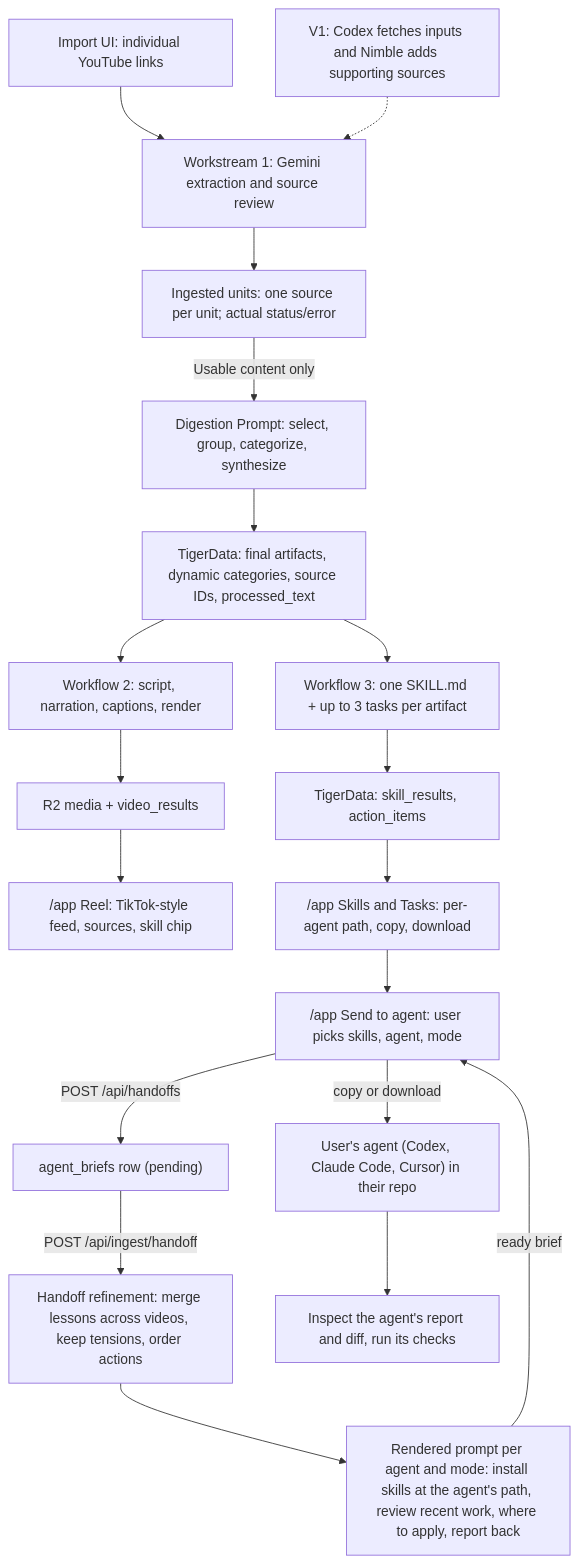
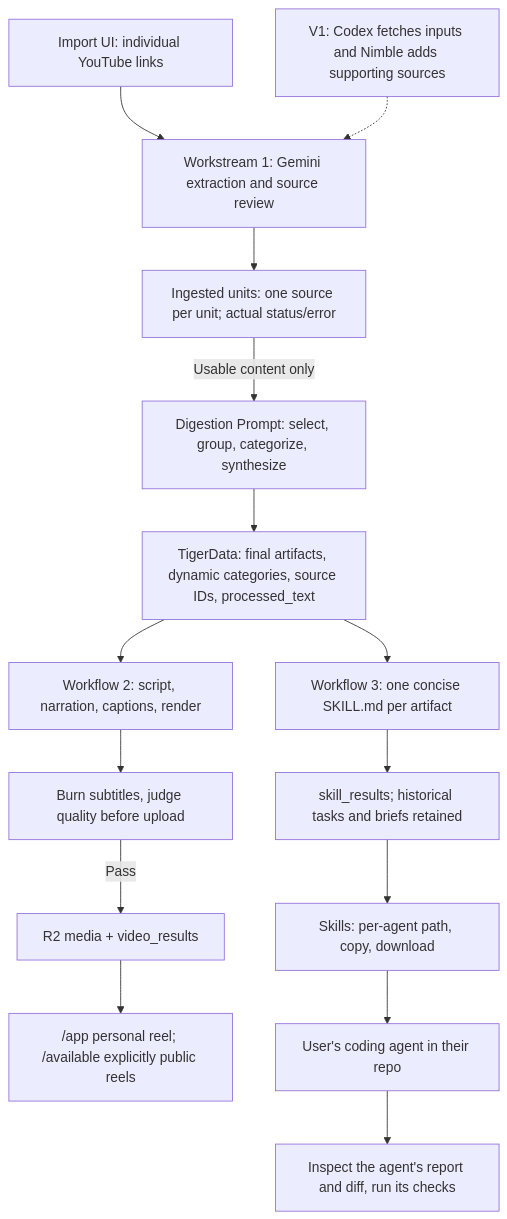
The diagram in docs/project-actions-spec.md (AnalystTom/Major-League-Hacking-Hack-), drawn with Mermaid before and after one commit. The commit also changed other lines of this file and 52 other files, not shown here.

First line of the commit message:
feat: add quality-gated reels and skills-only browsing (#44)

````diff
--- a/docs/project-actions-spec.md
+++ b/docs/project-actions-spec.md
@@ -45,21 +45,17 @@
 ```mermaid
 flowchart TD
   R["Import UI: individual YouTube links"] --> I["Workstream 1: Gemini extraction and source review"]
   I --> U["Ingested units: one source per unit; actual status/error"]
   U -->|Usable content only| D["Digestion Prompt: select, group, categorize, synthesize"]
   D --> T["TigerData: final artifacts, dynamic categories, source IDs, processed_text"]
   T --> V["Workflow 2: script, narration, captions, render"]
-  V --> M["R2 media + video_results"]
-  M --> F["/app Reel: TikTok-style feed, sources, skill chip"]
-  T --> S["Workflow 3: one SKILL.md + up to 3 tasks per artifact"]
-  S --> K["TigerData: skill_results, action_items"]
-  K --> SK["/app Skills and Tasks: per-agent path, copy, download"]
-  SK --> H["/app Send to agent: user picks skills, agent, mode"]
-  H -->|POST /api/handoffs| B["agent_briefs row (pending)"]
-  B -->|POST /api/ingest/handoff| HR["Handoff refinement: merge lessons across videos, keep tensions, order actions"]
-  HR --> P["Rendered prompt per agent and mode: install skills at the agent's path, review recent work, where to apply, report back"]
-  P -->|ready brief| H
-  H -->|copy or download| X["User's agent (Codex, Claude Code, Cursor) in their repo"]
+  V --> J["Burn subtitles, judge quality before upload"]
+  J -->|Pass| M["R2 media + video_results"]
+  M --> F["/app personal reel; /available explicitly public reels"]
+  T --> S["Workflow 3: one concise SKILL.md per artifact"]
+  S --> K["skill_results; historical tasks and briefs retained"]
+  K --> SK["Skills: per-agent path, copy, download"]
+  SK --> X["User's coding agent in their repo"]
   X --> Q["Inspect the agent's report and diff, run its checks"]
   L["V1: Codex fetches inputs and Nimble adds supporting sources"] -.-> I
 ```
````
